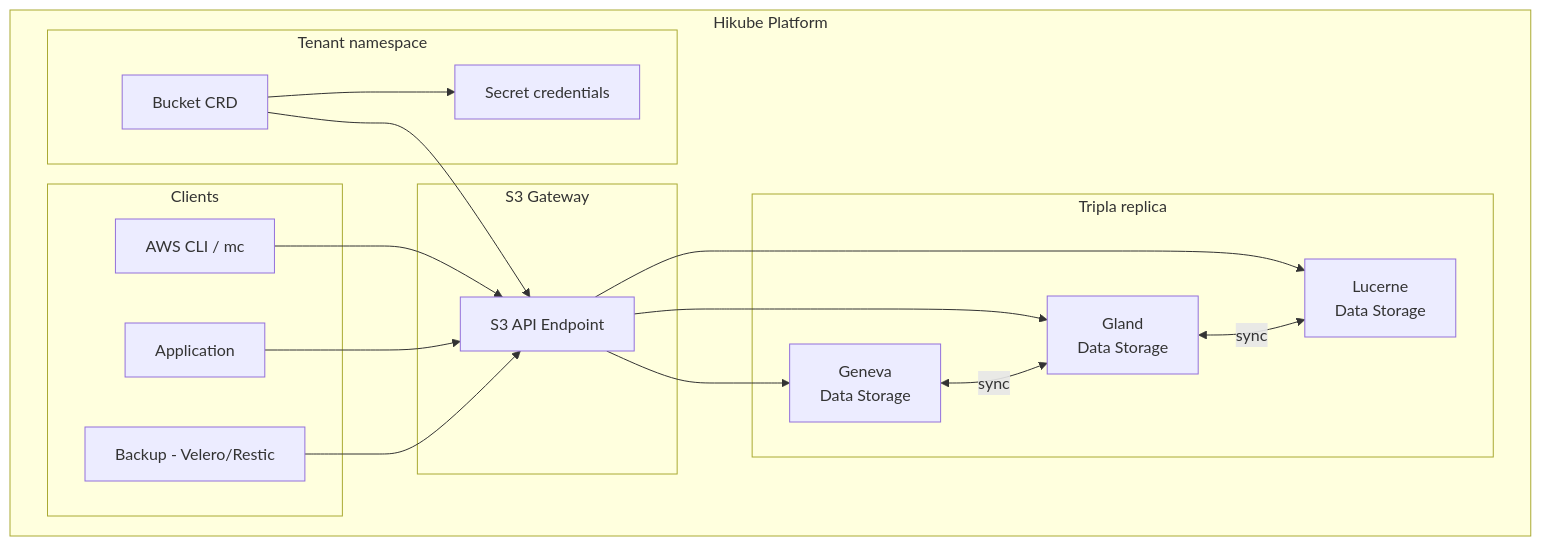
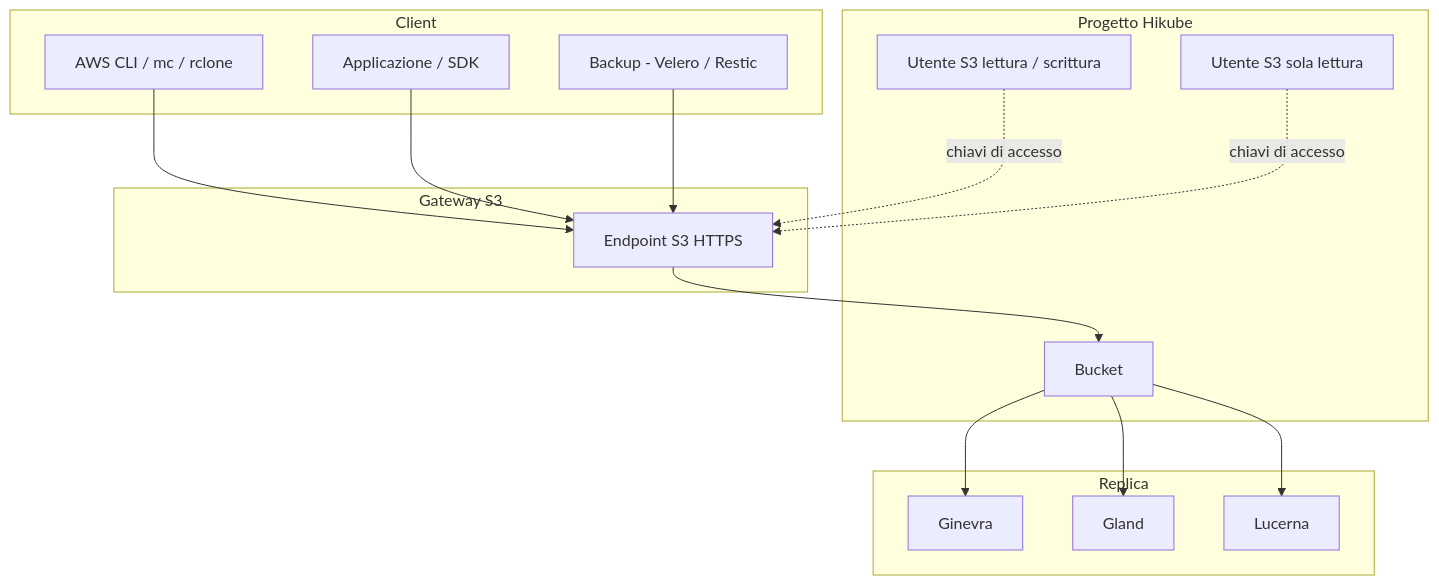
The diagram in i18n/it/docusaurus-plugin-content-docs/current/services/storage/buckets/concepts.md (HidoraSwiss/hikube-public-doc), drawn with Mermaid before and after one commit. The commit also changed other lines of this file and 148 other files, not shown here.

````diff
--- a/i18n/it/docusaurus-plugin-content-docs/current/services/storage/buckets/concepts.md
+++ b/i18n/it/docusaurus-plugin-content-docs/current/services/storage/buckets/concepts.md
@@ -12,36 +12,34 @@
 ```mermaid
 graph TB
-    subgraph "Hikube Platform"
-        subgraph "Tenant namespace"
-            CR[Bucket CRD]
-            SEC[Secret credentials]
-        end
-
-        subgraph "S3 Gateway"
-            GW[S3 API Endpoint]
-        end
-
-        subgraph "Tripla replica"
-            DC1[Geneva<br/>Data Storage]
-            DC2[Gland<br/>Data Storage]
-            DC3[Lucerne<br/>Data Storage]
-        end
-
-        subgraph "Clients"
-            CLI[AWS CLI / mc]
-            APP[Application]
-            BKP[Backup - Velero/Restic]
-        end
+    subgraph "Progetto Hikube"
+        BK[Bucket]
+        U1[Utente S3 lettura / scrittura]
+        U2[Utente S3 sola lettura]
     end
 
-    CR --> GW
-    GW --> DC1
-    GW --> DC2
-    GW --> DC3
-    DC1 <-->|sync| DC2
-    DC2 <-->|sync| DC3
+    subgraph "Gateway S3"
+        GW[Endpoint S3 HTTPS]
+    end
+
+    subgraph "Replica"
+        DC1[Ginevra]
+        DC2[Gland]
+        DC3[Lucerna]
+    end
+
+    subgraph "Client"
+        CLI[AWS CLI / mc / rclone]
+        APP[Applicazione / SDK]
+        BKP[Backup - Velero / Restic]
+    end
+
+    U1 -.->|chiavi di accesso| GW
+    U2 -.->|chiavi di accesso| GW
     CLI --> GW
     APP --> GW
     BKP --> GW
-    CR --> SEC
+    GW --> BK
+    BK --> DC1
+    BK --> DC2
+    BK --> DC3
 ```
````
